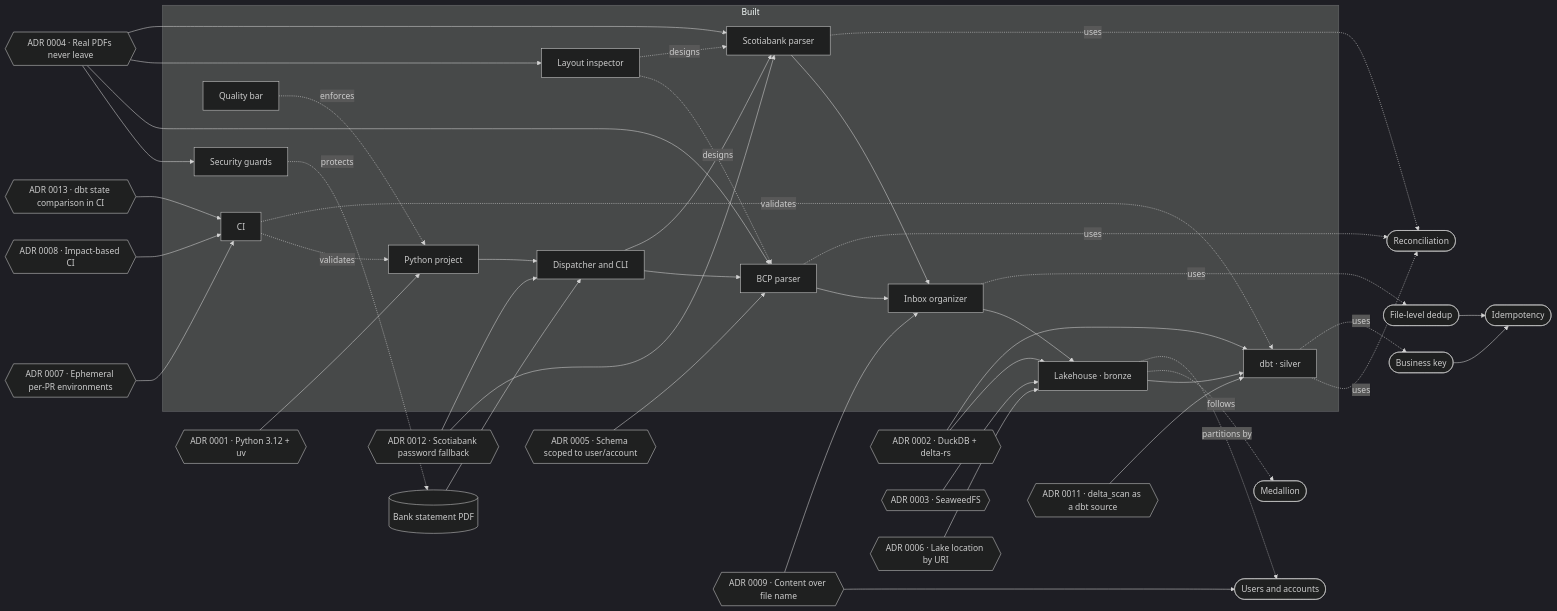
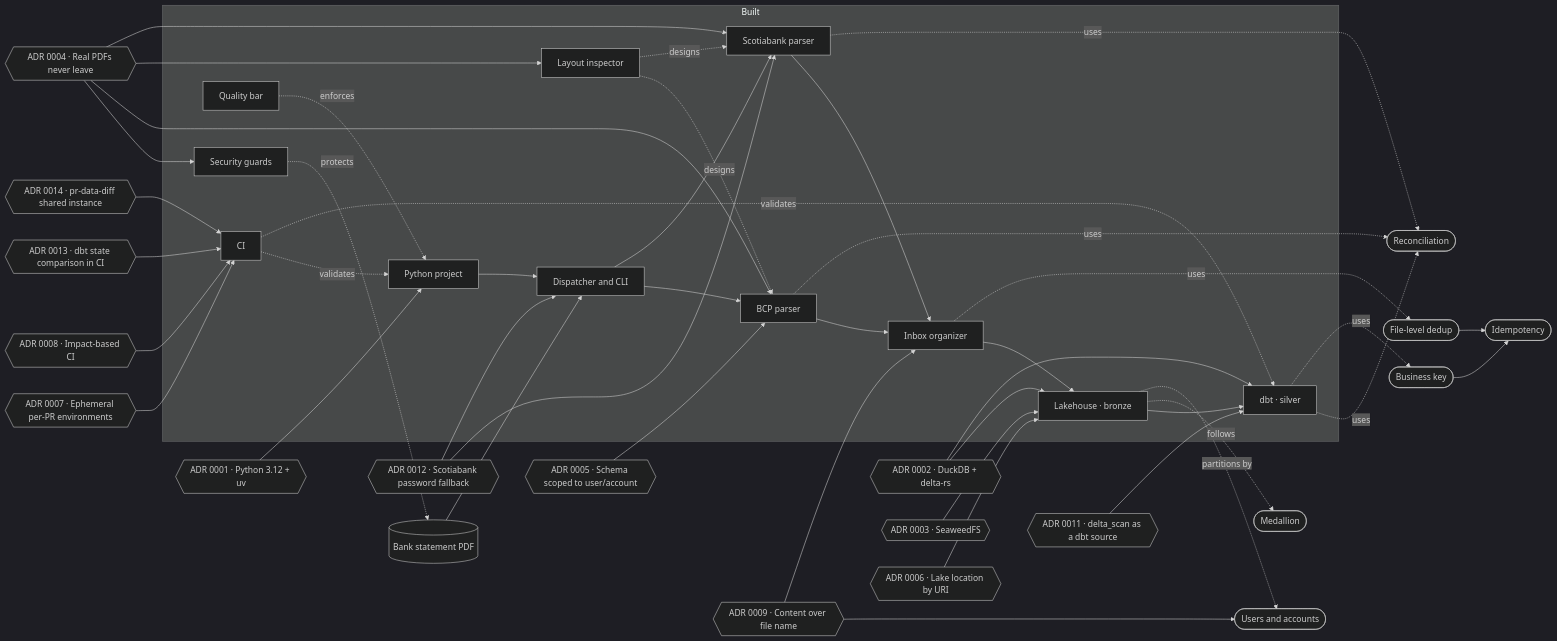
The diagram in brain/README.md (PieroRios2000/personal-finance-platform), drawn with Mermaid (dark theme) before and after one commit. The commit also changed other lines of this file and 3 other files, not shown here.

First line of the commit message:
docs: update the brain and tasks/todo.md for T17b's pr-data-diff job

````diff
--- a/brain/README.md
+++ b/brain/README.md
@@ -12,57 +12,58 @@
 ```mermaid
 flowchart LR
     PDF[("Bank statement PDF")]
 
     subgraph built["Built"]
         GS["Security guards"]
         PY["Python project"]
         CI["CI"]
         INS["Layout inspector"]
         CAL["Quality bar"]
         CLID["Dispatcher and CLI"]
         BCP["BCP parser"]
         SCOTIA["Scotiabank parser"]
         ORG["Inbox organizer"]
         LAKE["Lakehouse · bronze"]
         DBT["dbt · silver"]
     end
 
     PDF --> CLID --> BCP --> ORG --> LAKE --> DBT
     CLID --> SCOTIA --> ORG
     PY --> CLID
     CI -. validates .-> PY
     GS -. protects .-> PDF
     INS -. designs .-> BCP
     INS -. designs .-> SCOTIA
     CAL -. enforces .-> PY
 
     BCP -. uses .-> REC(["Reconciliation"])
     SCOTIA -. uses .-> REC
     ORG -. uses .-> DED(["File-level dedup"])
     LAKE -. follows .-> MED(["Medallion"])
     LAKE -. partitions by .-> UA(["Users and accounts"])
     DBT -. uses .-> REC
     DBT -. uses .-> BK(["Business key"])
     DED --> IDE(["Idempotency"])
     BK --> IDE
 
     A1{{"ADR 0001 · Python 3.12 + uv"}} --> PY
     A2{{"ADR 0002 · DuckDB + delta-rs"}} --> LAKE
     A2 --> DBT
     A3{{"ADR 0003 · SeaweedFS"}} --> LAKE
     A4{{"ADR 0004 · Real PDFs never leave"}} --> GS
     A4 --> BCP
     A4 --> INS
     A4 --> SCOTIA
     A5{{"ADR 0005 · Schema scoped to user/account"}} --> BCP
     A6{{"ADR 0006 · Lake location by URI"}} --> LAKE
     A9{{"ADR 0009 · Content over file name"}} --> ORG
     A9 --> UA
     A11{{"ADR 0011 · delta_scan as a dbt source"}} --> DBT
     A7{{"ADR 0007 · Ephemeral per-PR environments"}} --> CI
     A8{{"ADR 0008 · Impact-based CI"}} --> CI
     A13{{"ADR 0013 · dbt state comparison in CI"}} --> CI
+    A14{{"ADR 0014 · pr-data-diff shared instance"}} --> CI
     CI -. validates .-> DBT
     A12{{"ADR 0012 · Scotiabank password fallback"}} --> SCOTIA
     A12 --> CLID
 ```
````
